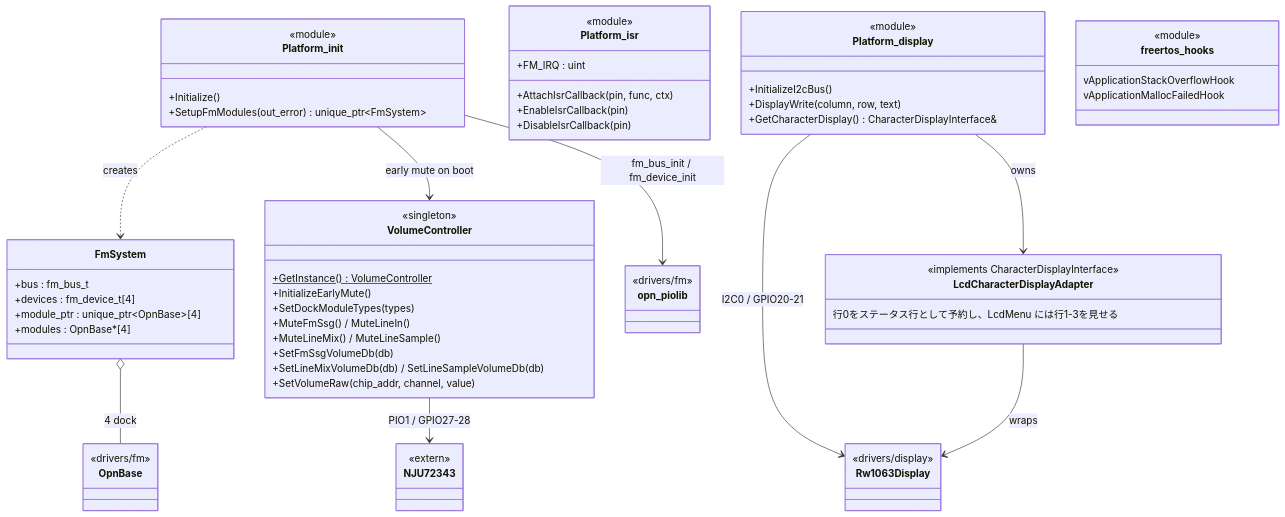
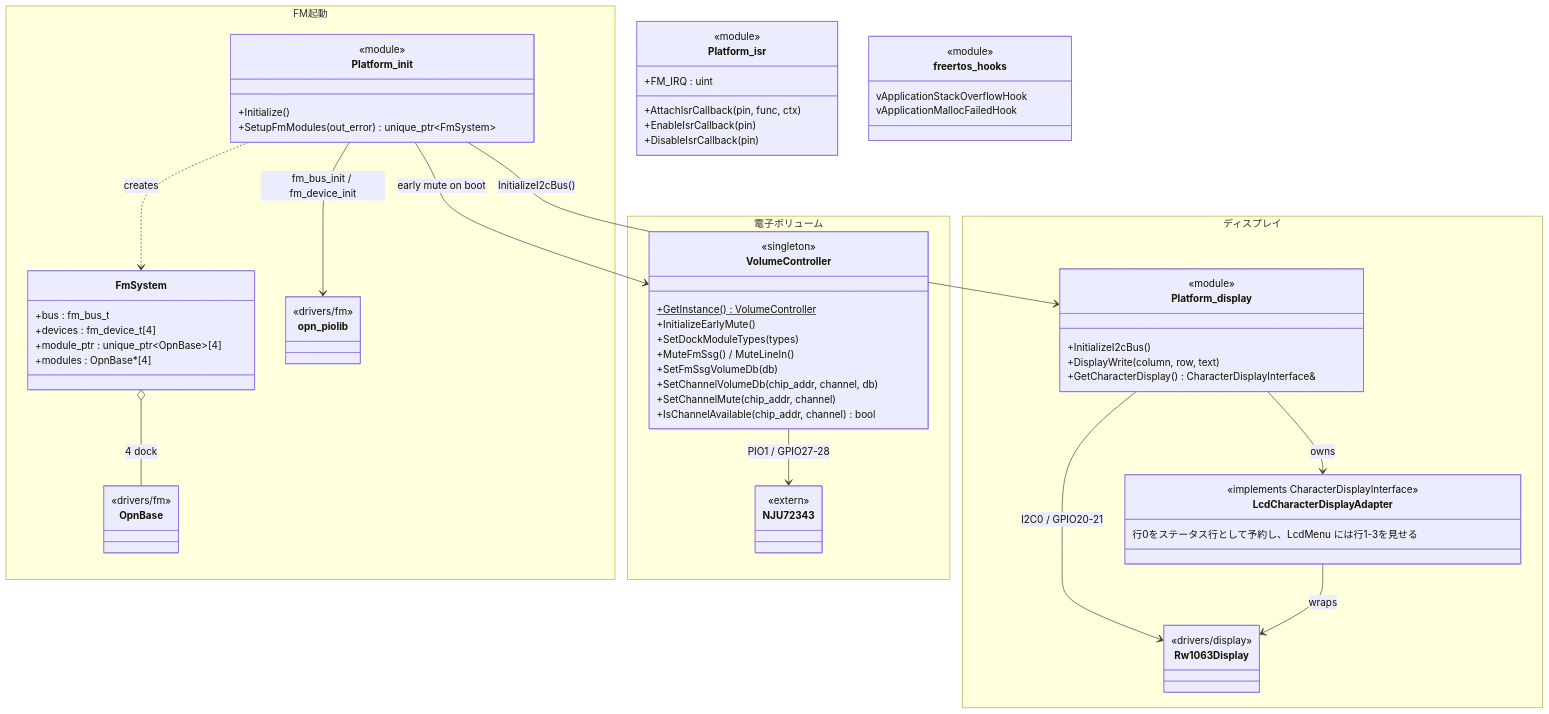
The diagram in doc/domain/domain_platform.md (46nori/FMSynthEnsembleV3), drawn with Mermaid before and after one commit. The commit also changed other lines of this file and 18 other files, not shown here.

````diff
--- a/doc/domain/domain_platform.md
+++ b/doc/domain/domain_platform.md
@@ -7,28 +7,62 @@
 ```mermaid
 classDiagram
-    class Platform_init {
-        <<module>>
-        +Initialize()
-        +SetupFmModules(out_error) unique_ptr~FmSystem~
+    namespace FM起動 {
+        class Platform_init {
+            <<module>>
+            +Initialize()
+            +SetupFmModules(out_error) unique_ptr~FmSystem~
+        }
+
+        class FmSystem {
+            +bus : fm_bus_t
+            +devices : fm_device_t[4]
+            +module_ptr : unique_ptr~OpnBase~[4]
+            +modules : OpnBase*[4]
+        }
+
+        class opn_piolib {
+            <<drivers/fm>>
+        }
+
+        class OpnBase {
+            <<drivers/fm>>
+        }
     }
 
-    class FmSystem {
-        +bus : fm_bus_t
-        +devices : fm_device_t[4]
-        +module_ptr : unique_ptr~OpnBase~[4]
-        +modules : OpnBase*[4]
+    namespace 電子ボリューム {
+        class VolumeController {
+            <<singleton>>
+            +GetInstance() VolumeController$
+            +InitializeEarlyMute()
+            +SetDockModuleTypes(types)
+            +MuteFmSsg() / MuteLineIn()
+            +SetFmSsgVolumeDb(db)
+            +SetChannelVolumeDb(chip_addr, channel, db)
+            +SetChannelMute(chip_addr, channel)
+            +IsChannelAvailable(chip_addr, channel) bool
+        }
+
+        class NJU72343 {
+            <<extern>>
+        }
     }
 
-    class VolumeController {
-        <<singleton>>
-        +GetInstance() VolumeController$
-        +InitializeEarlyMute()
-        +SetDockModuleTypes(types)
-        +MuteFmSsg() / MuteLineIn()
-        +MuteLineMix() / MuteLineSample()
-        +SetFmSsgVolumeDb(db)
-        +SetLineMixVolumeDb(db) / SetLineSampleVolumeDb(db)
-        +SetVolumeRaw(chip_addr, channel, value)
+    namespace ディスプレイ {
+        class Platform_display {
+            <<module>>
+            +InitializeI2cBus()
+            +DisplayWrite(column, row, text)
+            +GetCharacterDisplay() CharacterDisplayInterface&
+        }
+
+        class LcdCharacterDisplayAdapter {
+            <<implements CharacterDisplayInterface>>
+            行0をステータス行として予約し、LcdMenu には行1-3を見せる
+        }
+
+        class Rw1063Display {
+            <<drivers/display>>
+        }
     }
 
     class Platform_isr {
@@ -39,40 +73,15 @@
         +DisableIsrCallback(pin)
     }
 
-    class Platform_display {
-        <<module>>
-        +InitializeI2cBus()
-        +DisplayWrite(column, row, text)
-        +GetCharacterDisplay() CharacterDisplayInterface&
-    }
-
-    class LcdCharacterDisplayAdapter {
-        <<implements CharacterDisplayInterface>>
-        行0をステータス行として予約し、LcdMenu には行1-3を見せる
-    }
-
-    class Rw1063Display {
-        <<drivers/display>>
-    }
-
     class freertos_hooks {
         <<module>>
         vApplicationStackOverflowHook
         vApplicationMallocFailedHook
     }
 
-    class NJU72343 {
-        <<extern>>
-    }
-    class opn_piolib {
-        <<drivers/fm>>
-    }
-    class OpnBase {
-        <<drivers/fm>>
-    }
-
     Platform_init ..> FmSystem : creates
     Platform_init --> VolumeController : early mute on boot
+    Platform_init --> Platform_display : InitializeI2cBus()
     Platform_init --> opn_piolib : fm_bus_init / fm_device_init
     FmSystem o-- OpnBase : 4 dock
     VolumeController --> NJU72343 : PIO1 / GPIO27-28
````
